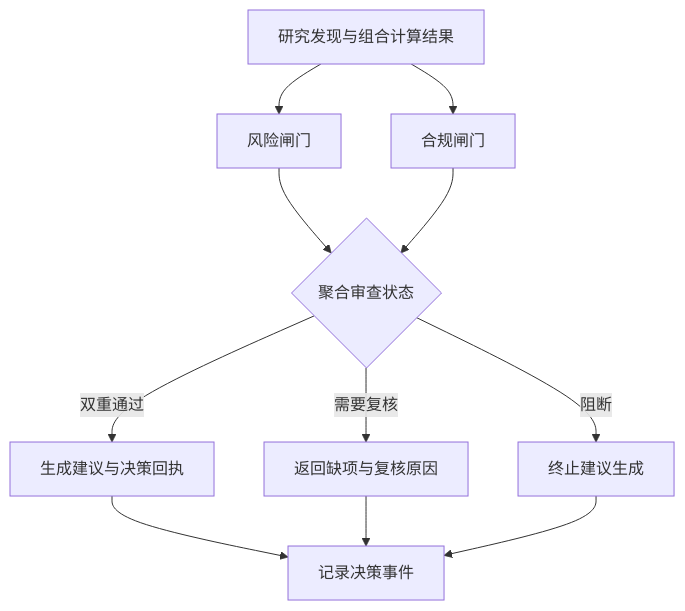
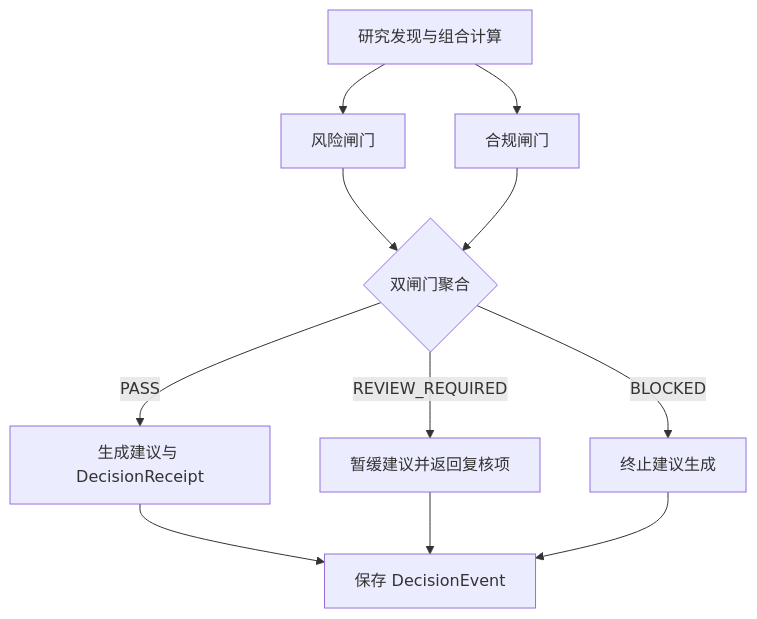
The sixth of 6 diagrams in docs/submission/competition-technical-solution.md (1917173927/prism), drawn with Mermaid before and after one commit. The commit also changed other lines of this file and 2 other files, not shown here.

````diff
--- a/docs/submission/competition-technical-solution.md
+++ b/docs/submission/competition-technical-solution.md
@@ -408,13 +425,13 @@
 ```mermaid
 flowchart TD
-    A[研究发现与组合计算结果] --> B[风险闸门]
+    A[研究发现与组合计算] --> B[风险闸门]
     A --> C[合规闸门]
-    B --> D{聚合审查状态}
+    B --> D{双闸门聚合}
     C --> D
-    D -->|双重通过| E[生成建议与决策回执]
-    D -->|需要复核| F[返回缺项与复核原因]
-    D -->|阻断| G[终止建议生成]
-    E --> H[记录决策事件]
+    D -->|PASS| E[生成建议与 DecisionReceipt]
+    D -->|REVIEW_REQUIRED| F[暂缓建议并返回复核项]
+    D -->|BLOCKED| G[终止建议生成]
+    E --> H[保存 DecisionEvent]
     F --> H
     G --> H
 ```
````
